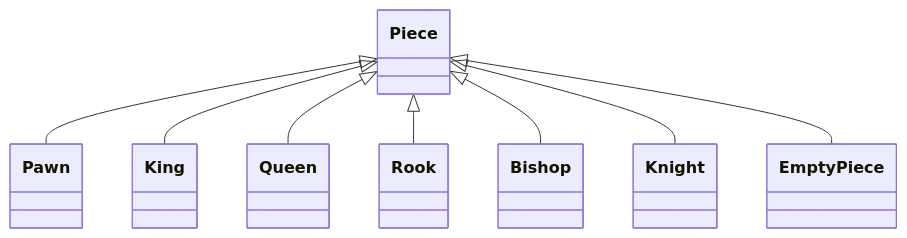
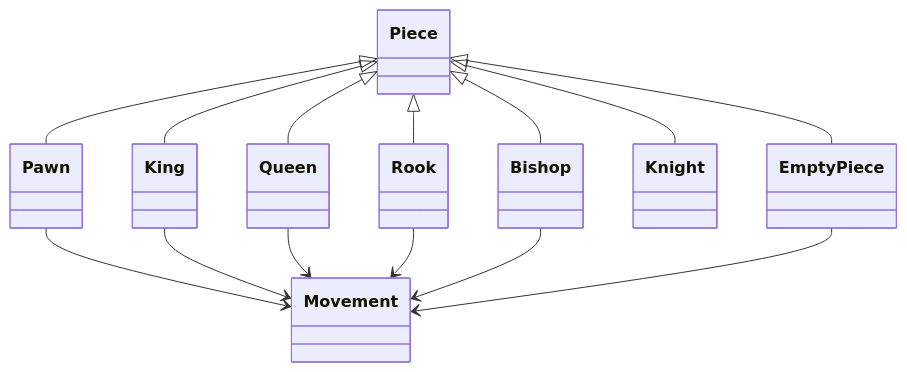
The second of 2 diagrams in README.md (woowacourse/java-chess), drawn with Mermaid before and after one commit. The commit also changed other lines of this file, not shown here.

Commit message:
docs: 기능 구현 목록 및 클래스 다이어그램 수정

````diff
--- a/README.md
+++ b/README.md
@@ -30,10 +31,16 @@
 ```mermaid
 classDiagram
     Piece <|-- Pawn
     Piece <|-- King
     Piece <|-- Queen
     Piece <|-- Rook
     Piece <|-- Bishop
     Piece <|-- Knight
     Piece <|-- EmptyPiece
+    Pawn --> Movement
+    King --> Movement
+    Queen --> Movement
+    Rook --> Movement
+    Bishop --> Movement
+    EmptyPiece --> Movement
 ```
````
